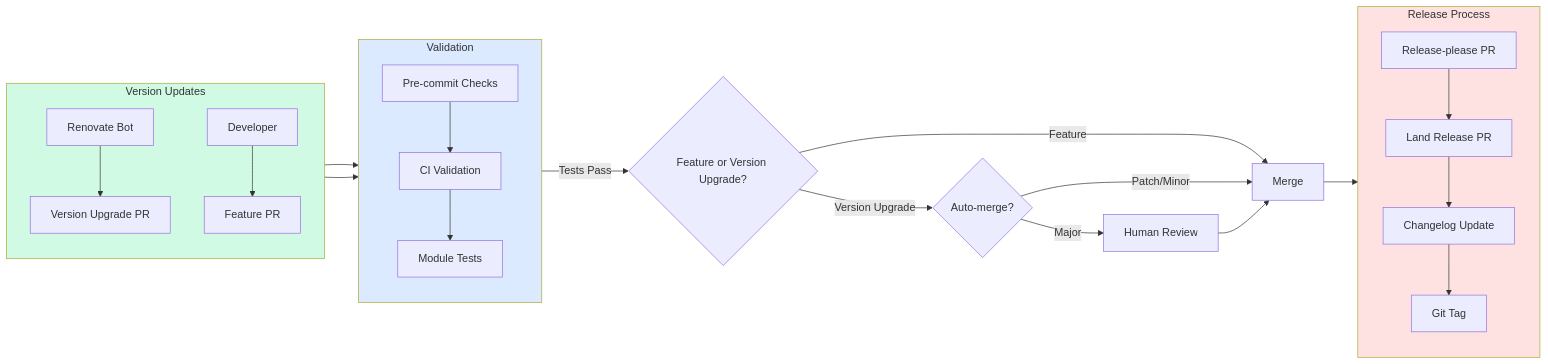
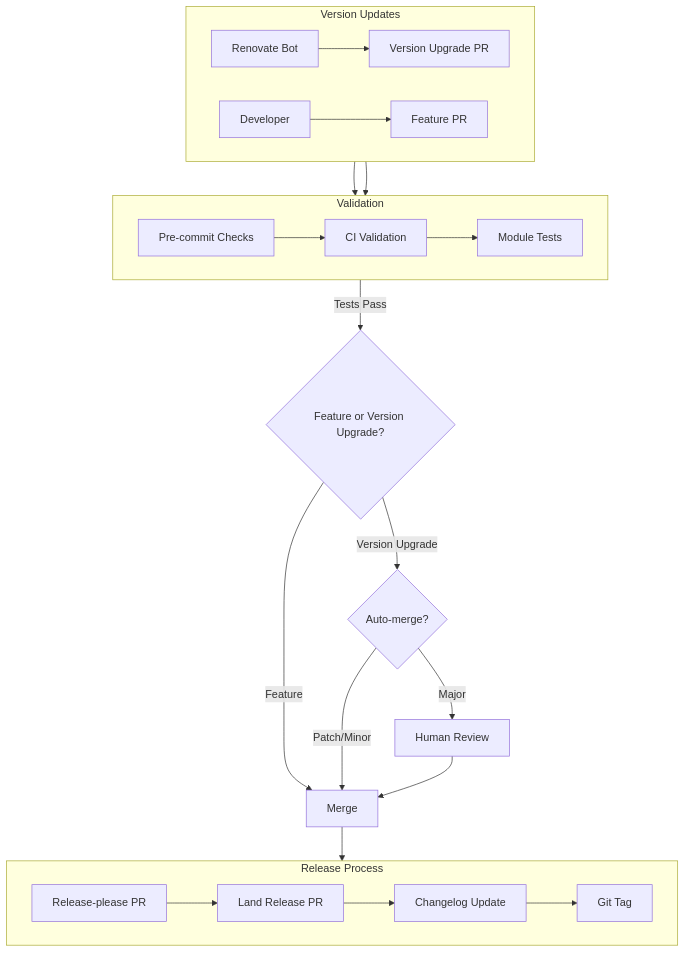
One commit to ppat/homelab-ops-kubernetes-apps changed the eighth of 8 diagrams in projectBrief.md. Above: the diagram before and after it, drawn with Mermaid. The commit also changed other lines of this file and 3 other files, not shown here.

````diff
--- a/projectBrief.md
+++ b/projectBrief.md
@@ -546,39 +553,36 @@
 ```mermaid
-flowchart LR
+flowchart TB
     subgraph updates [Version Updates]
-        direction TB
+        direction LR
         R[Renovate Bot] --> PR1[Version Upgrade PR]
         DEV[Developer] --> PR2[Feature PR]
     end
 
     subgraph validation [Validation]
-        direction TB
+        direction LR
         T1[Module Tests]
         T2[Pre-commit Checks]
         T3[CI Validation]
     end
 
     subgraph release [Release Process]
-        direction TB
+        direction LR
         RP[Release-please PR]
         RM[Land Release PR]
         CL[Changelog Update]
         TAG[Git Tag]
     end
 
     PR1 --> T3
     PR2 --> T2 --> T3 --> T1
 
     T1 --> |Tests Pass| PRTYPE{Feature or Version Upgrade?}
     PRTYPE --> |Version Upgrade| AM{Auto-merge?}
     PRTYPE --> |Feature| M[Merge]
     AM --> |Patch/Minor| M
     AM --> |Major| HR[Human Review] --> M
 
     M --> RP --> RM
     RM --> CL --> TAG
 
-    style updates fill:#d1fae5
-    style validation fill:#dbeafe
-    style release fill:#fee2e2
 ```
````
